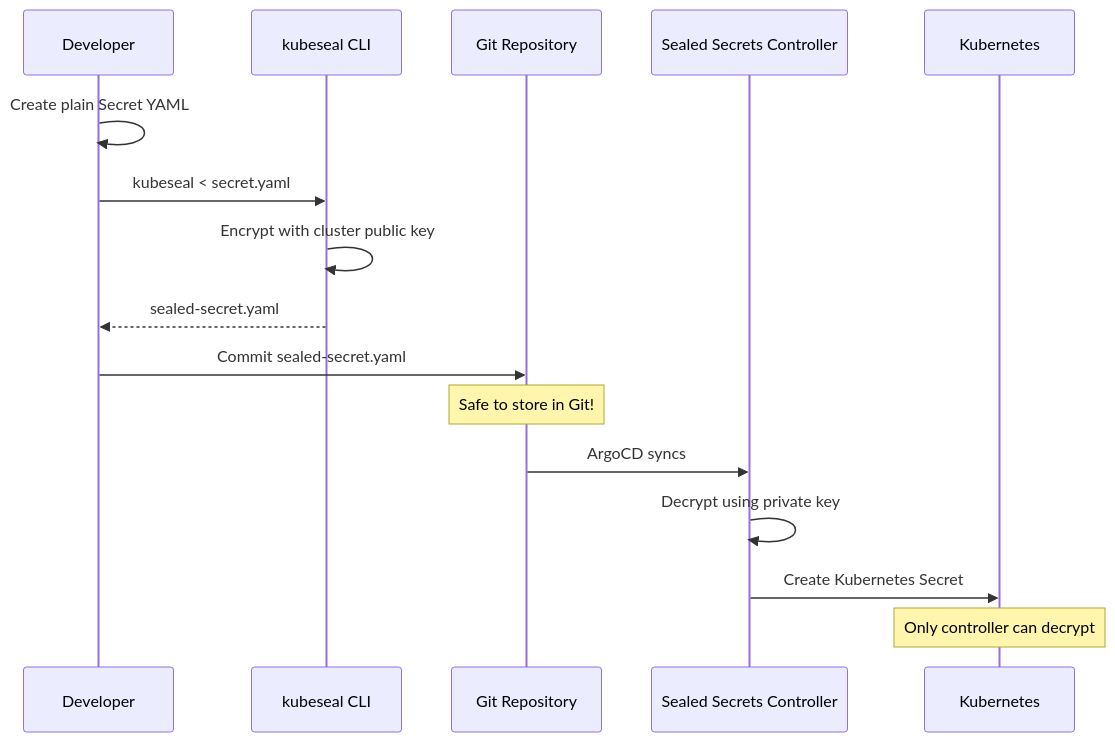
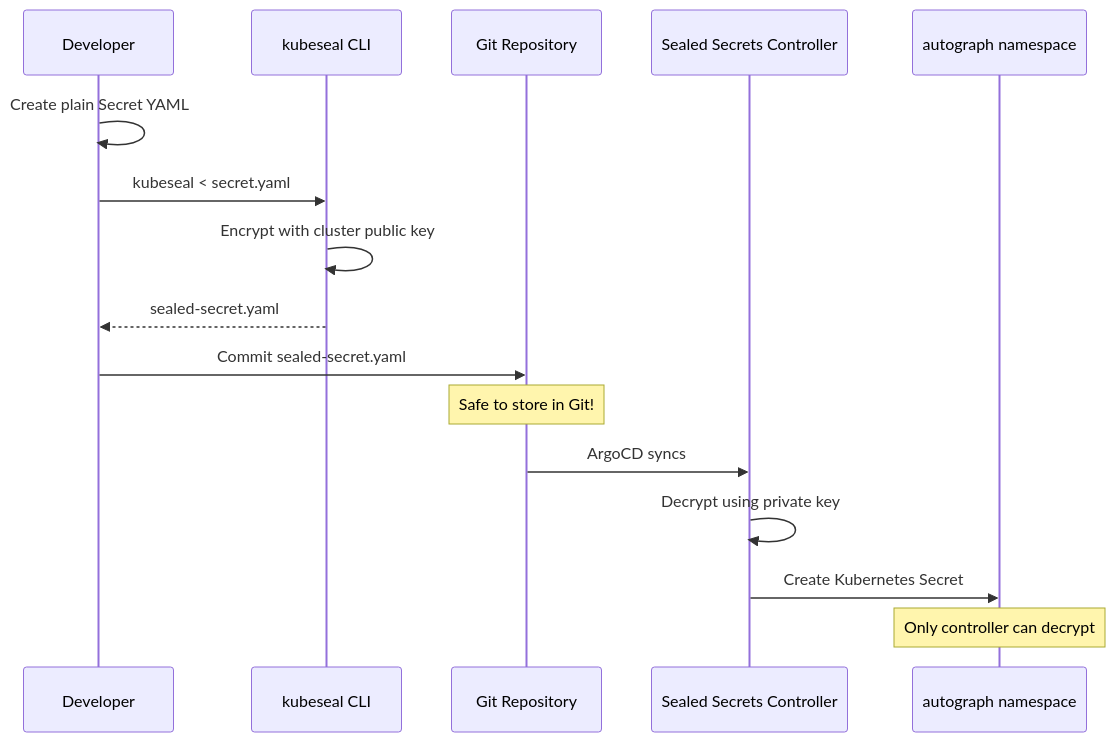
The fifth of 8 diagrams in DevOps/03-Platform/03-Security.md (PearlThoughtsInternship/Internship-Obsidian-Vault), drawn with Mermaid before and after one commit. The commit also changed other lines of this file and 1 other file, not shown here.

First line of the commit message:
rebrand: Product Vision + Security with Autograph context

````diff
--- a/DevOps/03-Platform/03-Security.md
+++ b/DevOps/03-Platform/03-Security.md
@@ -342,22 +343,22 @@
 ```mermaid
 sequenceDiagram
     participant Dev as Developer
     participant CLI as kubeseal CLI
     participant Git as Git Repository
     participant Ctrl as Sealed Secrets Controller
-    participant K8s as Kubernetes
+    participant K8s as autograph namespace
 
     Dev->>Dev: Create plain Secret YAML
     Dev->>CLI: kubeseal < secret.yaml
     CLI->>CLI: Encrypt with cluster public key
     CLI-->>Dev: sealed-secret.yaml
 
     Dev->>Git: Commit sealed-secret.yaml
     Note over Git: Safe to store in Git!
 
     Git->>Ctrl: ArgoCD syncs
     Ctrl->>Ctrl: Decrypt using private key
     Ctrl->>K8s: Create Kubernetes Secret
 
     Note over K8s: Only controller can decrypt
 ```
````
